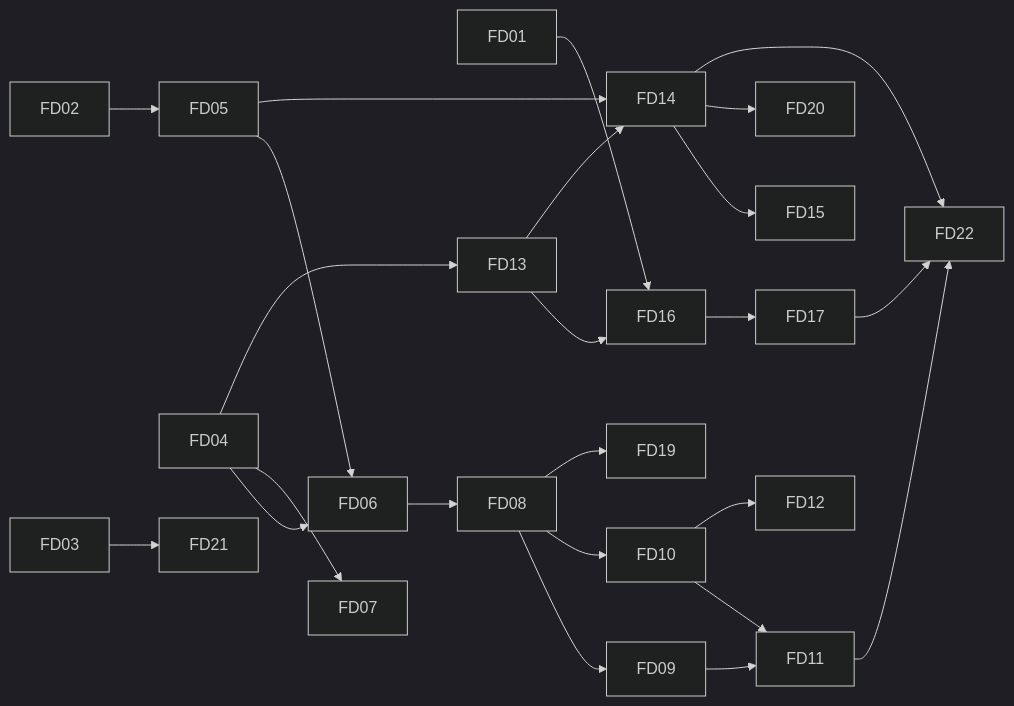
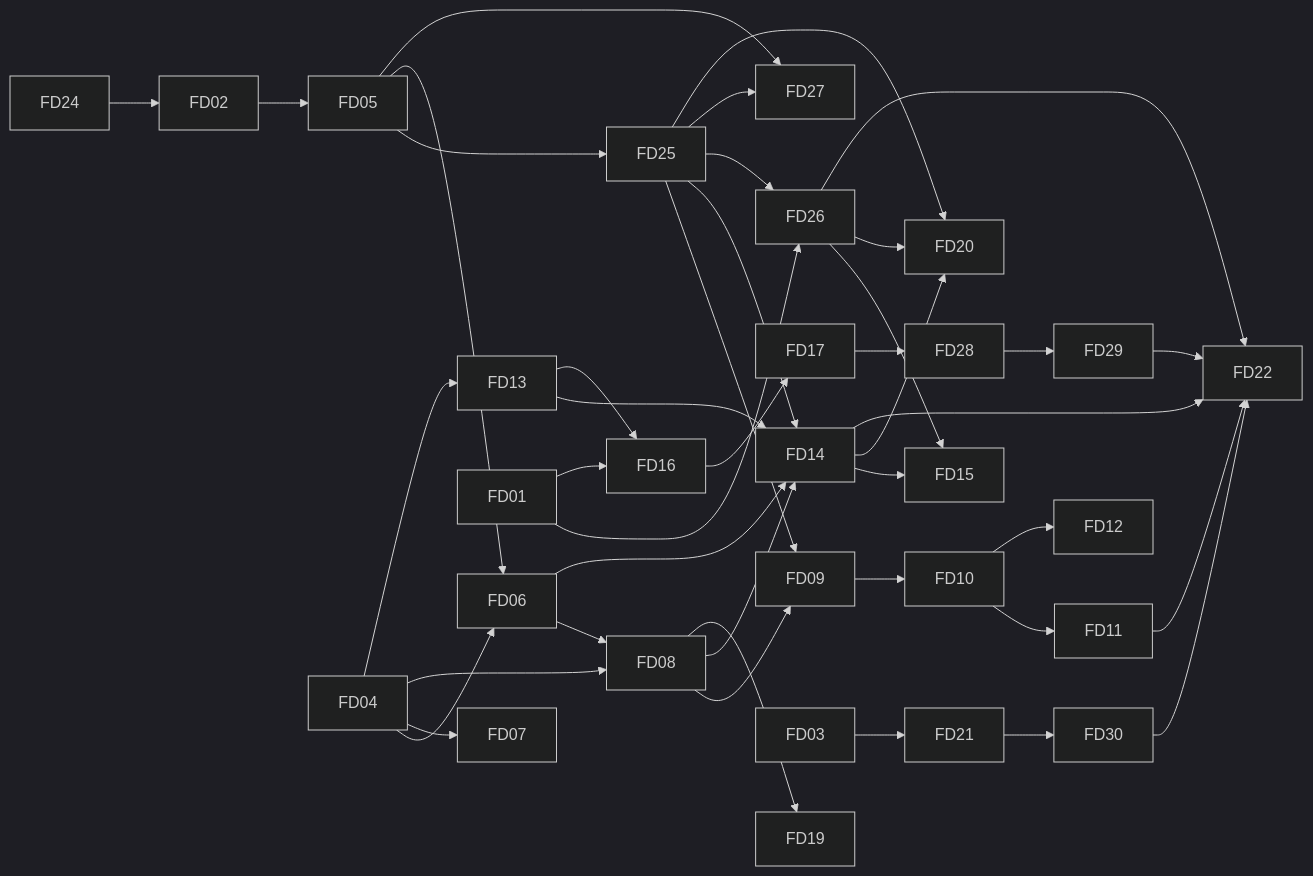
The third of 3 diagrams in docs/design/front-door.md (arkaydeus/ark-stack), drawn with Mermaid (dark theme) before and after one commit. The commit also changed other lines of this file, not shown here.

````diff
--- a/docs/design/front-door.md
+++ b/docs/design/front-door.md
@@ -1673,18 +2554,33 @@
 ```mermaid
 flowchart LR
+  FD24 --> FD02 --> FD05 --> FD25
+  FD05 --> FD06
+  FD04 --> FD06 --> FD08
+  FD04 --> FD07
+  FD04 --> FD08 --> FD09
+  FD25 --> FD09 --> FD10 --> FD11
+  FD10 --> FD12
+  FD04 --> FD13
+  FD13 --> FD14
+  FD06 --> FD14
+  FD08 --> FD14
+  FD25 --> FD14
+  FD01 --> FD26
+  FD25 --> FD26
+  FD14 --> FD15
+  FD26 --> FD15
   FD01 --> FD16
-  FD02 --> FD05 --> FD06 --> FD08 --> FD09 --> FD11
-  FD04 --> FD06
-  FD04 --> FD07
-  FD04 --> FD13 --> FD16 --> FD17
-  FD08 --> FD10 --> FD11
-  FD10 --> FD12
-  FD13 --> FD14
-  FD05 --> FD14 --> FD15
+  FD13 --> FD16 --> FD17 --> FD28 --> FD29
   FD08 --> FD19
+  FD05 --> FD27
+  FD25 --> FD27
   FD14 --> FD20
-  FD03 --> FD21
+  FD25 --> FD20
+  FD26 --> FD20
+  FD03 --> FD21 --> FD30
   FD11 --> FD22
   FD14 --> FD22
-  FD17 --> FD22
+  FD26 --> FD22
+  FD29 --> FD22
+  FD30 --> FD22
 ```
````
